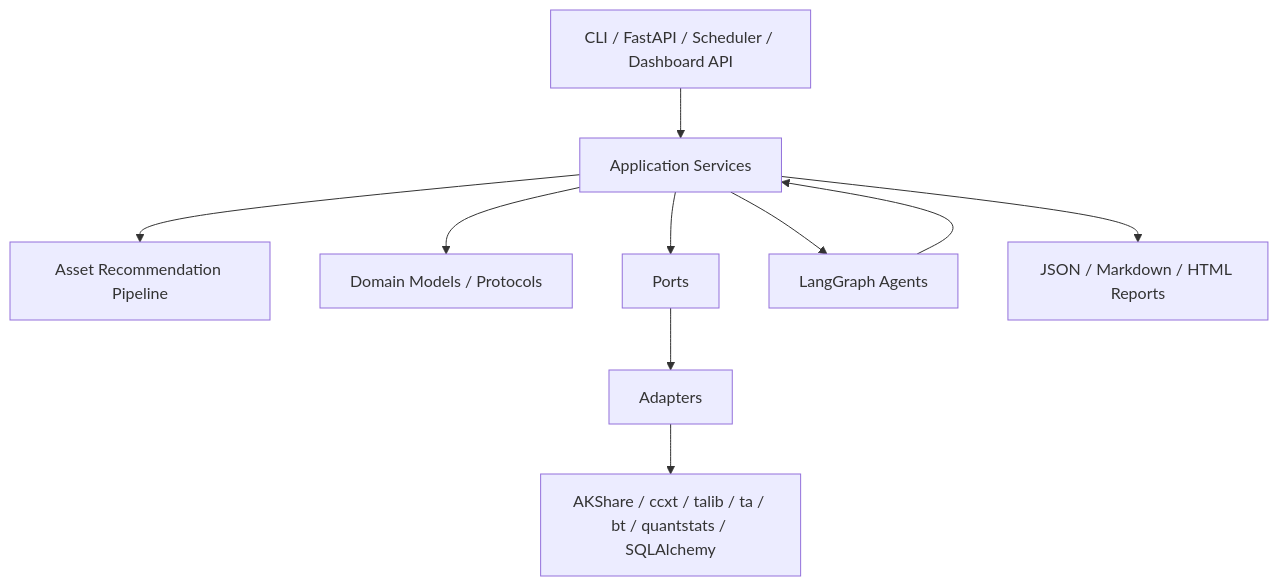
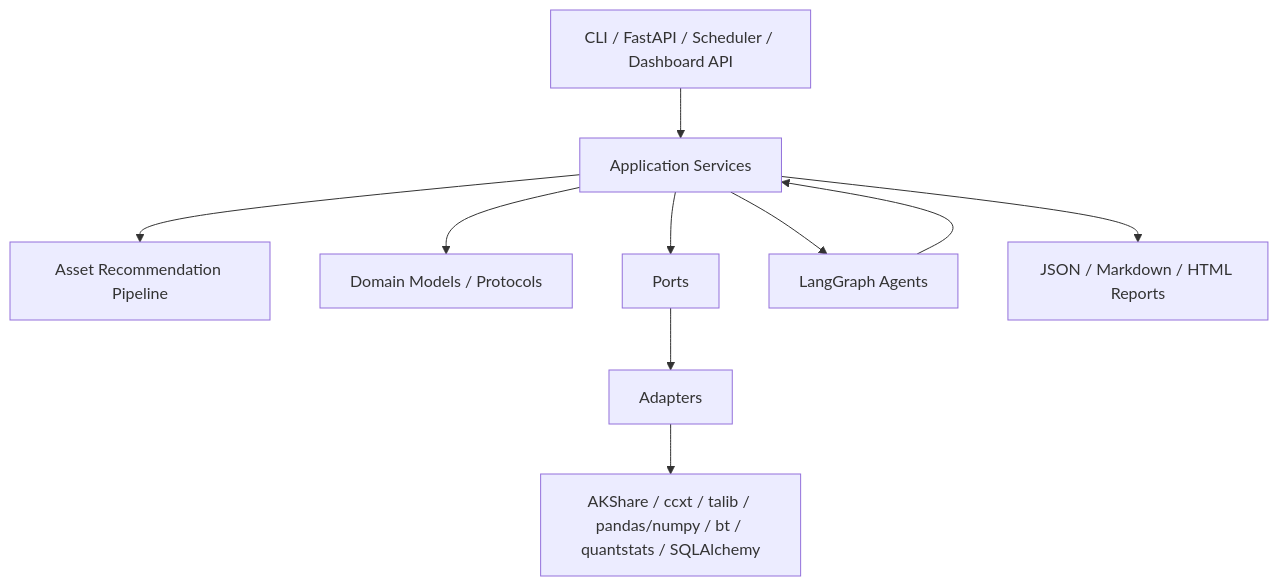
The first of 2 diagrams in docs/架构方案.md (312308542/finance-agent), drawn with Mermaid before and after one commit. The commit also changed other lines of this file and 6 other files, not shown here.

````diff
--- a/docs/架构方案.md
+++ b/docs/架构方案.md
@@ -29,12 +29,12 @@
 ```mermaid
 flowchart TD
     UI["CLI / FastAPI / Scheduler / Dashboard API"] --> APP["Application Services"]
     APP --> PIPE["Asset Recommendation Pipeline"]
     APP --> DOMAIN["Domain Models / Protocols"]
     APP --> PORTS["Ports"]
     PORTS --> ADAPTERS["Adapters"]
-    ADAPTERS --> LIBS["AKShare / ccxt / talib / ta / bt / quantstats / SQLAlchemy"]
+    ADAPTERS --> LIBS["AKShare / ccxt / talib / pandas/numpy / bt / quantstats / SQLAlchemy"]
     APP --> AGENTS["LangGraph Agents"]
     AGENTS --> APP
     APP --> REPORTS["JSON / Markdown / HTML Reports"]
 ```
````
